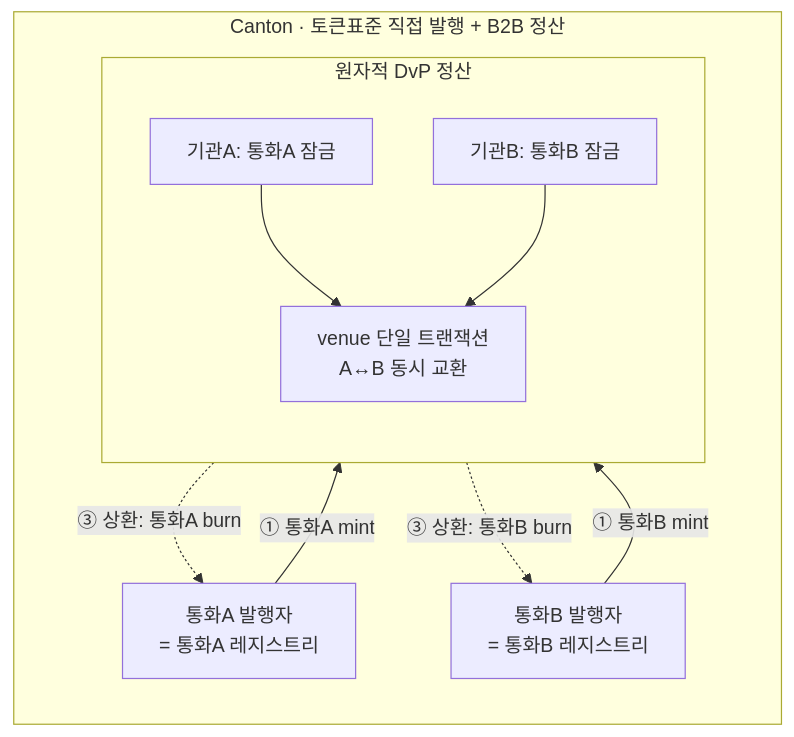
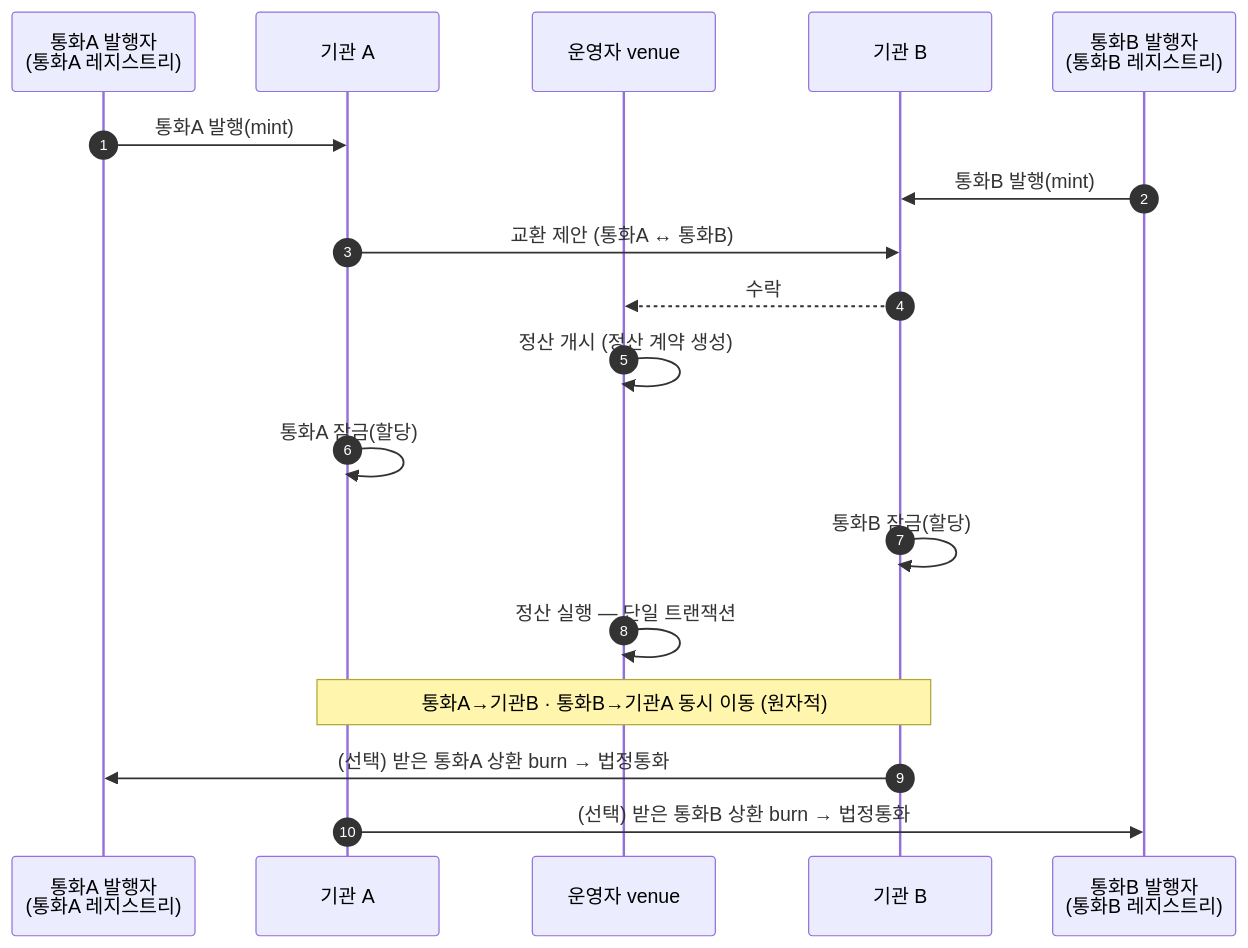
Before and after one commit to eunsujeo/canton-docs: the third of 3 diagrams in wiki/notes/token-issuance-bridge-patterns.md, drawn with Mermaid. The commit also changed other lines of this file and 1 other file, not shown here.

Commit message:
docs: 패턴 2를 시퀀스 다이어그램으로 전환 (통화별 발행자 2 + venue)
각 통화 발행자 mint→두 기관 합의→개시→잠금→단일 트랜잭션 동시교환→(선택)상환
burn을 시간순 시퀀스로. flowchart 대비 발행·정산·상환 순서가 명확. dev(KRWK/
JPYSC·국내/해외은행)·wiki(통화A/B·기관A/B) 양쪽.

````diff
--- a/wiki/notes/token-issuance-bridge-patterns.md
+++ b/wiki/notes/token-issuance-bridge-patterns.md
@@ -90,19 +90,20 @@
 ```mermaid
-flowchart LR
-  subgraph CAN2["Canton · 토큰표준 직접 발행 + B2B 정산"]
-    ISSA["통화A 발행자<br/>= 통화A 레지스트리"]
-    ISSB["통화B 발행자<br/>= 통화B 레지스트리"]
-    subgraph DVP2["원자적 DvP 정산"]
-      direction TB
-      AL2["기관A: 통화A 잠금"]
-      BL2["기관B: 통화B 잠금"]
-      EX2["venue 단일 트랜잭션<br/>A↔B 동시 교환"]
-      AL2 --> EX2
-      BL2 --> EX2
-    end
-  end
-  ISSA -->|"① 통화A mint"| AL2
-  ISSB -->|"① 통화B mint"| BL2
-  EX2 -.->|"③ 상환: 통화A burn"| ISSA
-  EX2 -.->|"③ 상환: 통화B burn"| ISSB
+sequenceDiagram
+    autonumber
+    participant IA as 통화A 발행자<br/>(통화A 레지스트리)
+    participant A as 기관 A
+    participant V as 운영자 venue
+    participant B as 기관 B
+    participant IB as 통화B 발행자<br/>(통화B 레지스트리)
+    IA->>A: 통화A 발행(mint)
+    IB->>B: 통화B 발행(mint)
+    A->>B: 교환 제안 (통화A ↔ 통화B)
+    B-->>V: 수락
+    V->>V: 정산 개시 (정산 계약 생성)
+    A->>A: 통화A 잠금(할당)
+    B->>B: 통화B 잠금(할당)
+    V->>V: 정산 실행 — 단일 트랜잭션
+    Note over A,B: 통화A→기관B · 통화B→기관A 동시 이동 (원자적)
+    B->>IA: (선택) 받은 통화A 상환 burn → 법정통화
+    A->>IB: (선택) 받은 통화B 상환 burn → 법정통화
 ```
````
